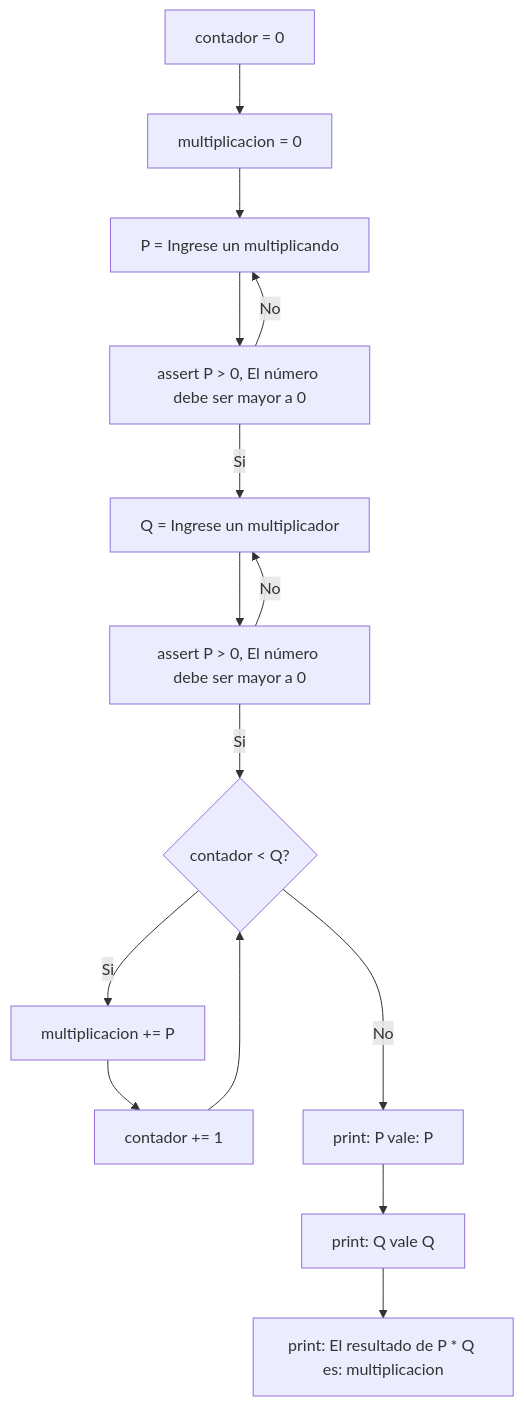
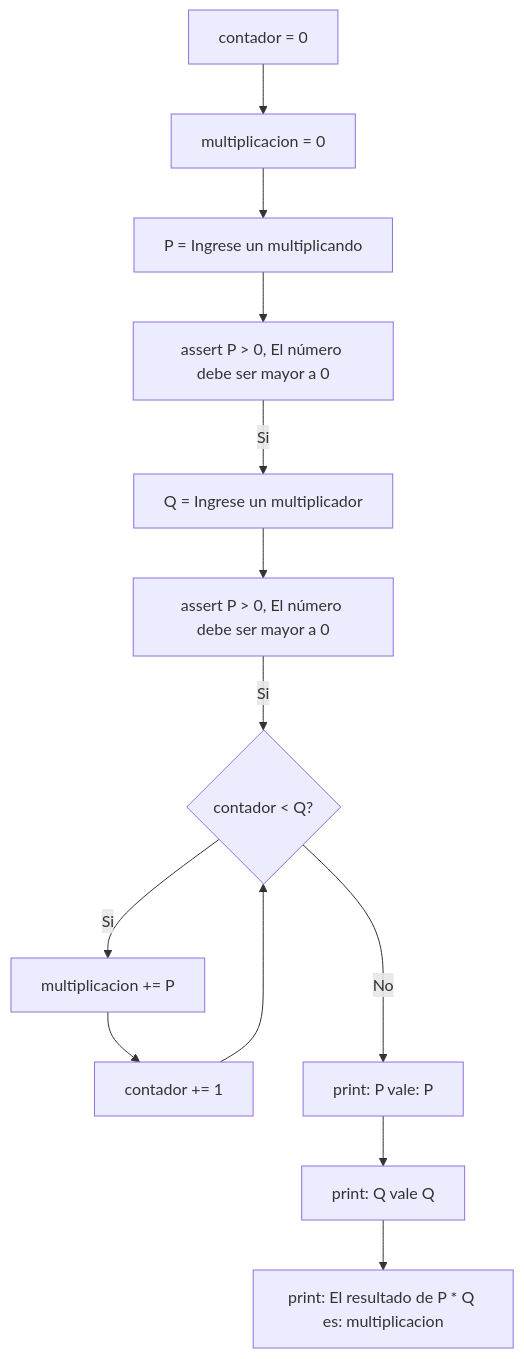
Before and after one commit to Chabok52/TP_8: the diagram in diagramas_ejercicios/Ejercicio13.md, drawn with Mermaid.

Commit message:
Probando

````diff
--- a/diagramas_ejercicios/Ejercicio13.md
+++ b/diagramas_ejercicios/Ejercicio13.md
@@ -4,18 +4,16 @@
 ```mermaid
 flowchart TD
 	A[contador = 0]
     A --> B[multiplicacion = 0]
     B --> C[P = Ingrese un multiplicando]
     C--> K[assert P > 0, El número debe ser mayor a 0]
-    K --> |No| C
     K --> |Si| D[Q = Ingrese un multiplicador]
     D --> L[assert P > 0, El número debe ser mayor a 0]
-    L --> |No| D
     L --> |Si| E{contador < Q?}
     E --> |Si| F[multiplicacion += P]
     F --> G[contador += 1]
     G --> E
     E ---> |No| H[print: P vale: P]
     H --> I[print: Q vale Q]
     I --> J[print: El resultado de P * Q es: multiplicacion]
 ```
````
